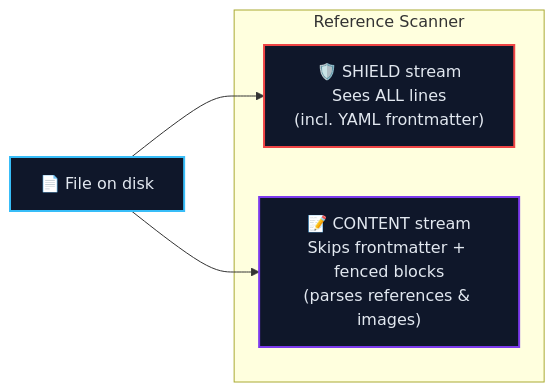
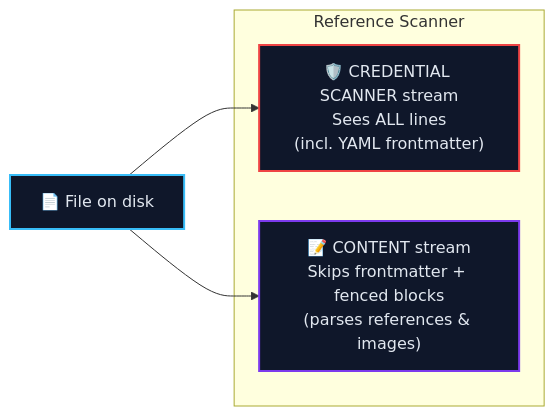
The diagram in docs/reference/checks.mdx (PythonWoods/zenzic-doc), drawn with Mermaid before and after one commit. The commit also changed other lines of this file and 268 other files, not shown here.

````diff
--- a/docs/reference/checks.mdx
+++ b/docs/reference/checks.mdx
@@ -140,16 +140,16 @@
 ```mermaid
 flowchart LR
     classDef file    fill:#0f172a,stroke:#38bdf8,stroke-width:2px,color:#e2e8f0
-    classDef shield  fill:#0f172a,stroke:#ef4444,stroke-width:2px,color:#e2e8f0
+    classDef credentials fill:#0f172a,stroke:#ef4444,stroke-width:2px,color:#e2e8f0
     classDef content fill:#0f172a,stroke:#7c3aed,stroke-width:2px,color:#e2e8f0
 
     disk["📄 File on disk"]:::file
 
     subgraph RS ["Reference Scanner"]
-        SH["🛡️ SHIELD stream\nSees ALL lines\n(incl. YAML frontmatter)"]:::shield
+        CRED["🛡️ CREDENTIAL SCANNER stream\nSees ALL lines\n(incl. YAML frontmatter)"]:::credentials
         CT["📝 CONTENT stream\nSkips frontmatter + fenced blocks\n(parses references & images)"]:::content
     end
 
-    disk --> SH
+    disk --> CRED
     disk --> CT
 ```
````
